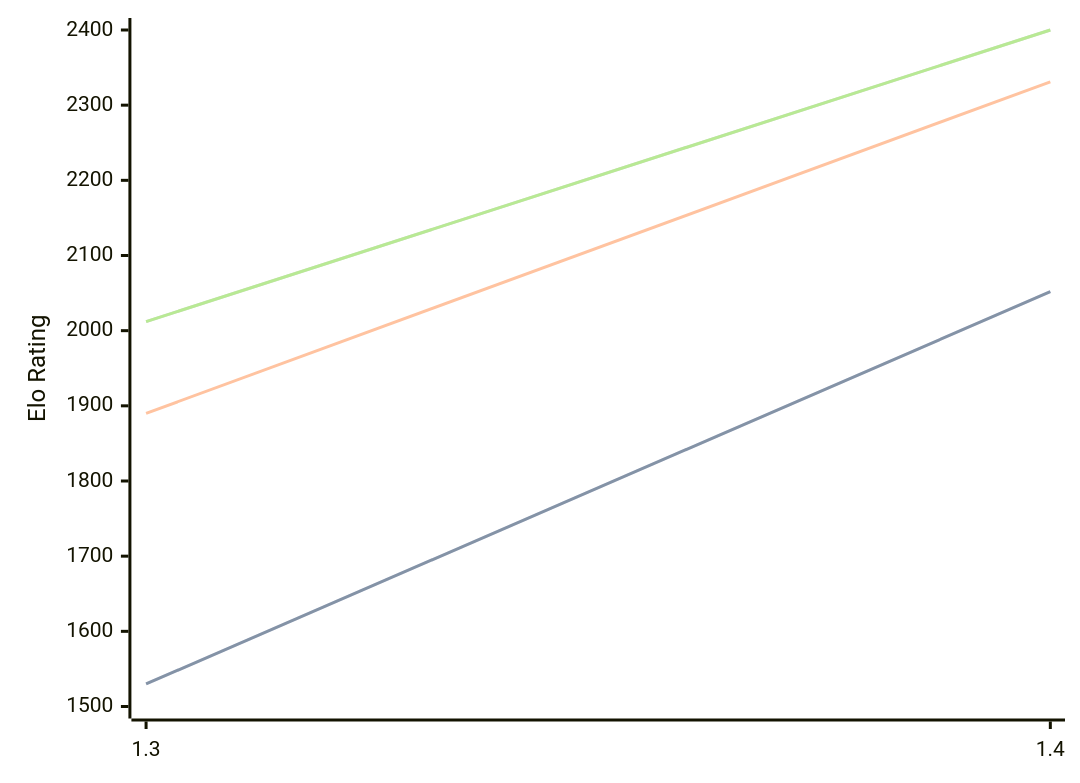
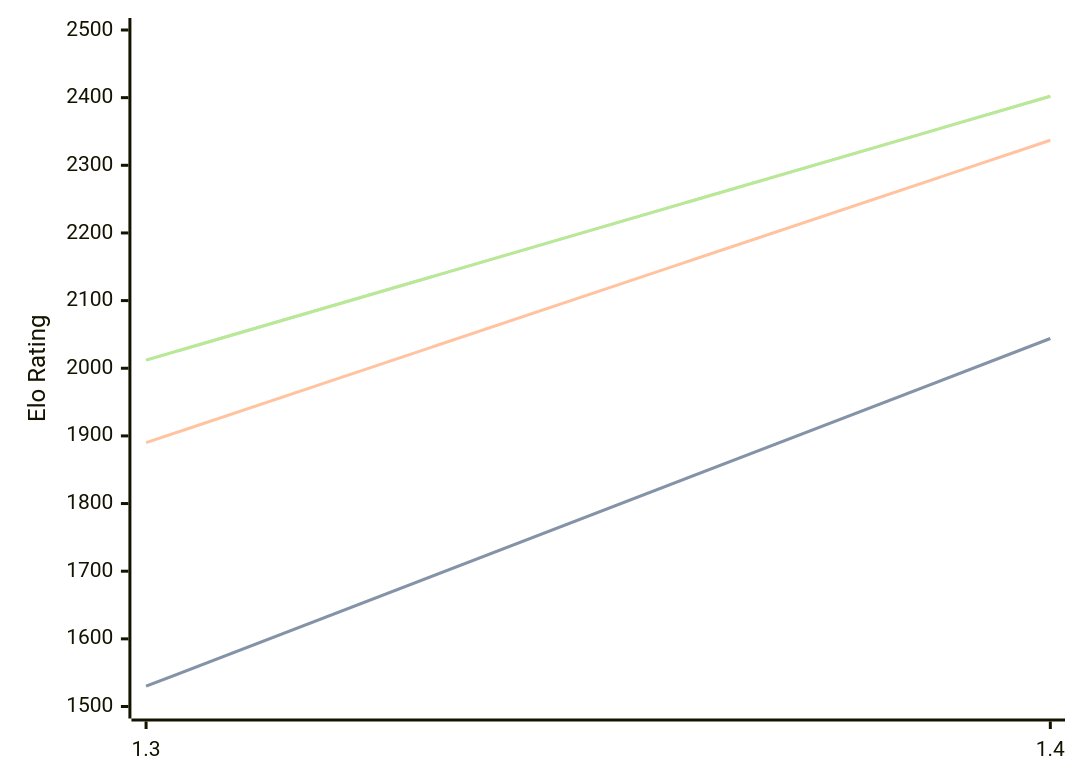
One commit to computer-chess-index/cci changed the diagram in engines/Facon.md. Above: the diagram before and after it, drawn with Mermaid. The commit also changed other lines of this file, not shown here.

Commit message:
Update CCI Ratings (ELO VLTC) - 2026-05-07

````diff
--- a/engines/Facon.md
+++ b/engines/Facon.md
@@ -35,11 +35,11 @@
 ```mermaid
 %%{init: {"theme":"base","themeVariables":{"seriesColors:['#a3a3a3','#222221','#faa371']}}}%%
 xychart-beta
   x-axis ["1.3", "1.4"]
-  y-axis "Elo Rating" 1500 --> 2400
-  line "STC (8.0+0.08s)" [1530, 2052]
-  line "STC (8.0+0.08s)" [1530, 2052]
-  line "LTC (60.0+0.60s)" [1890, 2331]
-  line "VLTC (2m24s+1.12s)" [2012, 2400]
-  line "VLTC (2m24s+1.12s)" [2012, 2400]
+  y-axis "Elo Rating" 1500 --> 2500
+  line "STC (8.0+0.08s)" [1530, 2044]
+  line "STC (8.0+0.08s)" [1530, 2044]
+  line "LTC (60.0+0.60s)" [1890, 2337]
+  line "VLTC (2m24s+1.12s)" [2012, 2402]
+  line "VLTC (2m24s+1.12s)" [2012, 2402]
 ```
````
